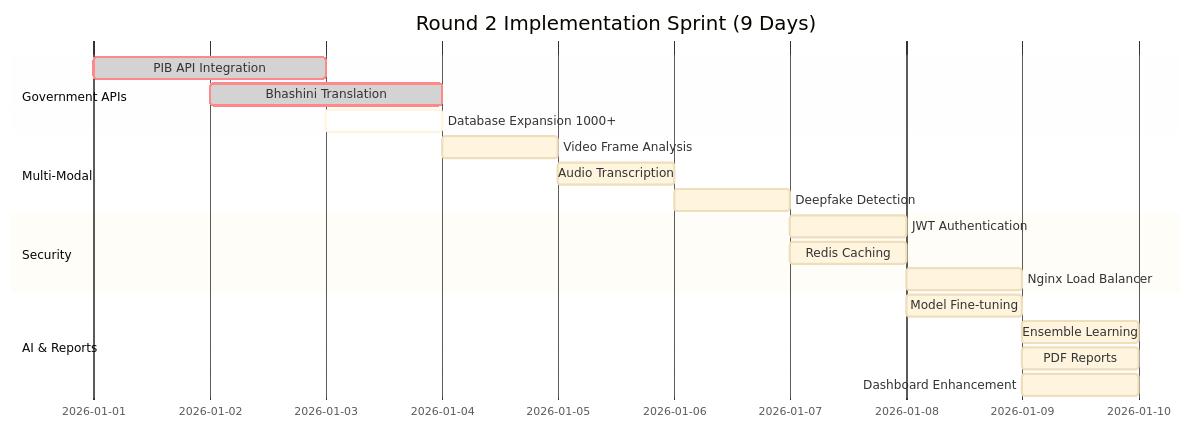
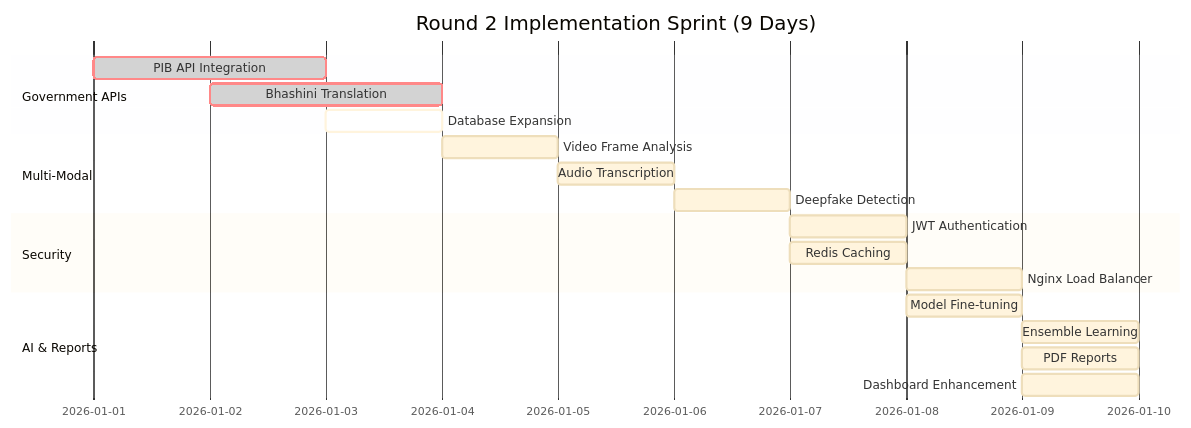
One commit to KamelSayed/SATYA-DRISHTI changed the seventh of 7 diagrams in docs/round2/ROUND2_IMPROVEMENTS.md. Above: the diagram before and after it, drawn with Mermaid. The commit also changed 1 other file, not shown here.

Commit message:
Shorten Database Expansion text in Gantt chart

````diff
--- a/docs/round2/ROUND2_IMPROVEMENTS.md
+++ b/docs/round2/ROUND2_IMPROVEMENTS.md
@@ -735,24 +735,24 @@
 ```mermaid
 %%{init: {'theme':'base'}}%%
 gantt
     title Round 2 Implementation Sprint (9 Days)
     dateFormat  YYYY-MM-DD
     todayMarker off
     section Government APIs
     PIB API Integration       :crit, done, api1, 2026-01-01, 2d
     Bhashini Translation      :crit, done, api2, 2026-01-02, 2d
-    Database Expansion 1000+  :active, api3, 2026-01-03, 1d
+    Database Expansion        :active, api3, 2026-01-03, 1d
     section Multi-Modal
     Video Frame Analysis      :video1, 2026-01-04, 1d
     Audio Transcription       :video2, 2026-01-05, 1d
     Deepfake Detection        :video3, 2026-01-06, 1d
     section Security
     JWT Authentication        :sec1, 2026-01-07, 1d
     Redis Caching            :sec2, 2026-01-07, 1d
     Nginx Load Balancer      :sec3, 2026-01-08, 1d
     section AI & Reports
     Model Fine-tuning        :ai1, 2026-01-08, 1d
     Ensemble Learning        :ai2, 2026-01-09, 1d
     PDF Reports              :report1, 2026-01-09, 1d
     Dashboard Enhancement    :report2, 2026-01-09, 1d
 ```
````
